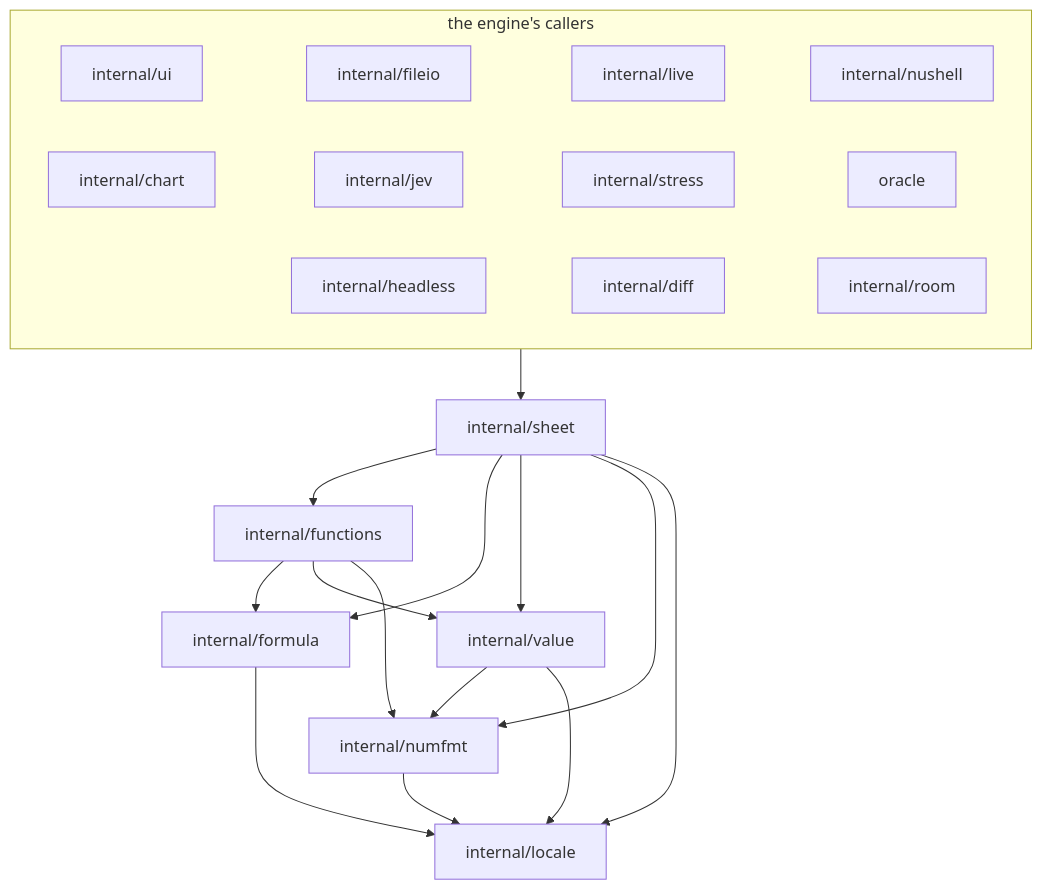
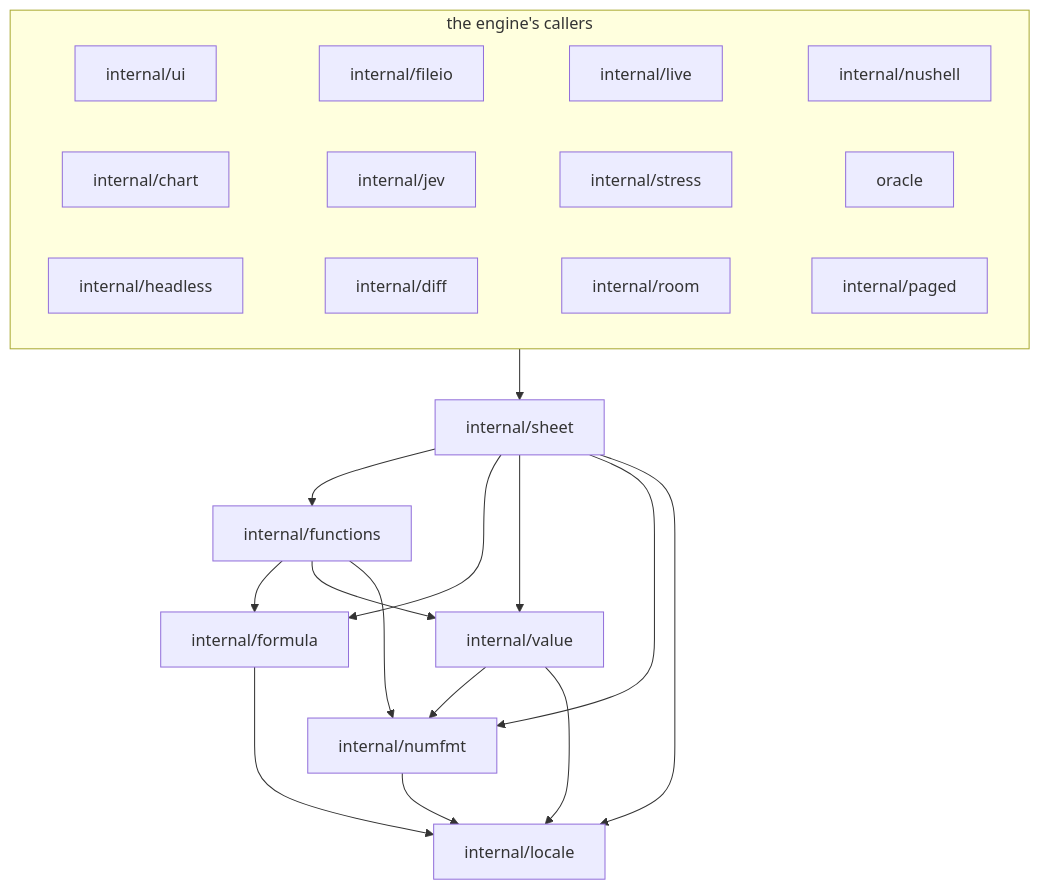
The first of 8 diagrams in docs/contributing/architecture.md (FelineStateMachine/012), drawn with Mermaid before and after one commit. The commit also changed other lines of this file and 10 other files, not shown here.

````diff
--- a/docs/contributing/architecture.md
+++ b/docs/contributing/architecture.md
@@ -69,22 +71,22 @@
 ```mermaid
 flowchart TD
   subgraph callers [the engine's callers]
     direction LR
     ui[internal/ui] ~~~ fileio[internal/fileio] ~~~ live[internal/live] ~~~ nushell[internal/nushell]
     chart[internal/chart] ~~~ jev[internal/jev] ~~~ stress[internal/stress] ~~~ oracle[oracle]
-    headless[internal/headless] ~~~ diff[internal/diff] ~~~ room[internal/room]
+    headless[internal/headless] ~~~ diff[internal/diff] ~~~ room[internal/room] ~~~ paged[internal/paged]
   end
   callers --> sheet[internal/sheet]
   sheet --> functions[internal/functions]
   sheet --> formula[internal/formula]
   sheet --> value[internal/value]
   sheet --> numfmt[internal/numfmt]
   sheet --> locale[internal/locale]
   functions --> formula
   functions --> value
   functions --> numfmt
   value --> numfmt
   value --> locale
   formula --> locale
   numfmt --> locale
 ```
````
